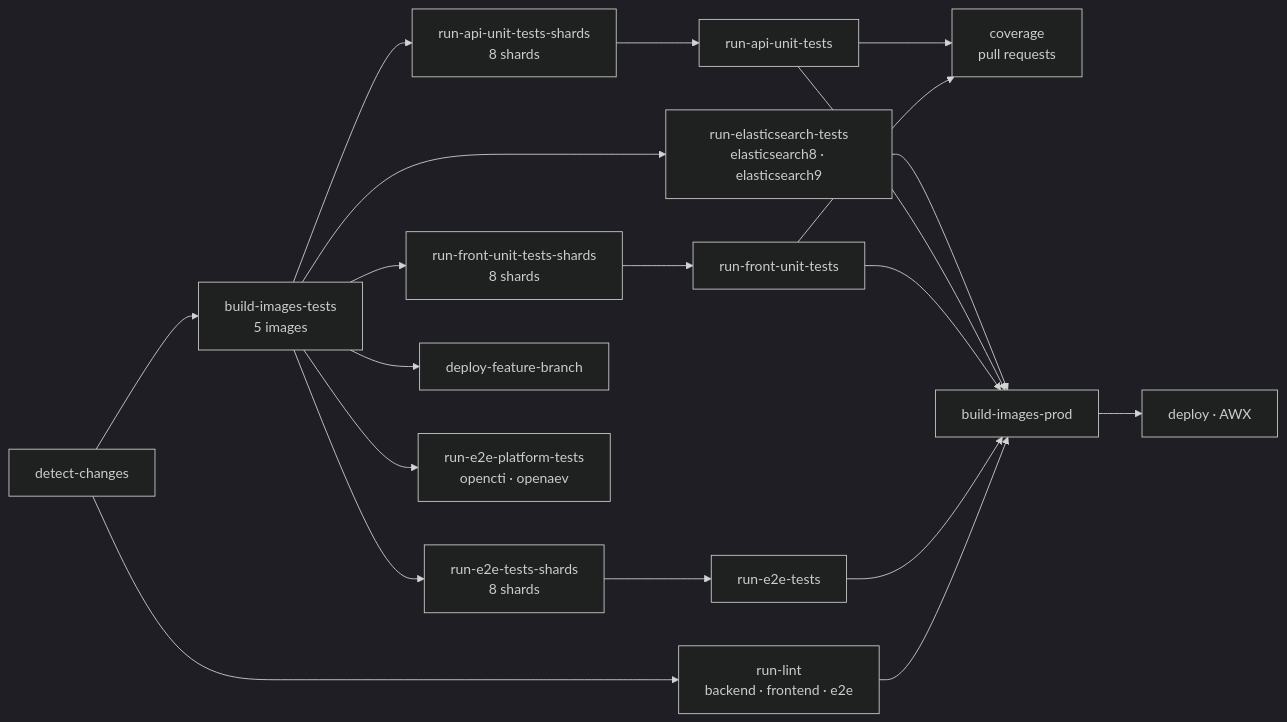
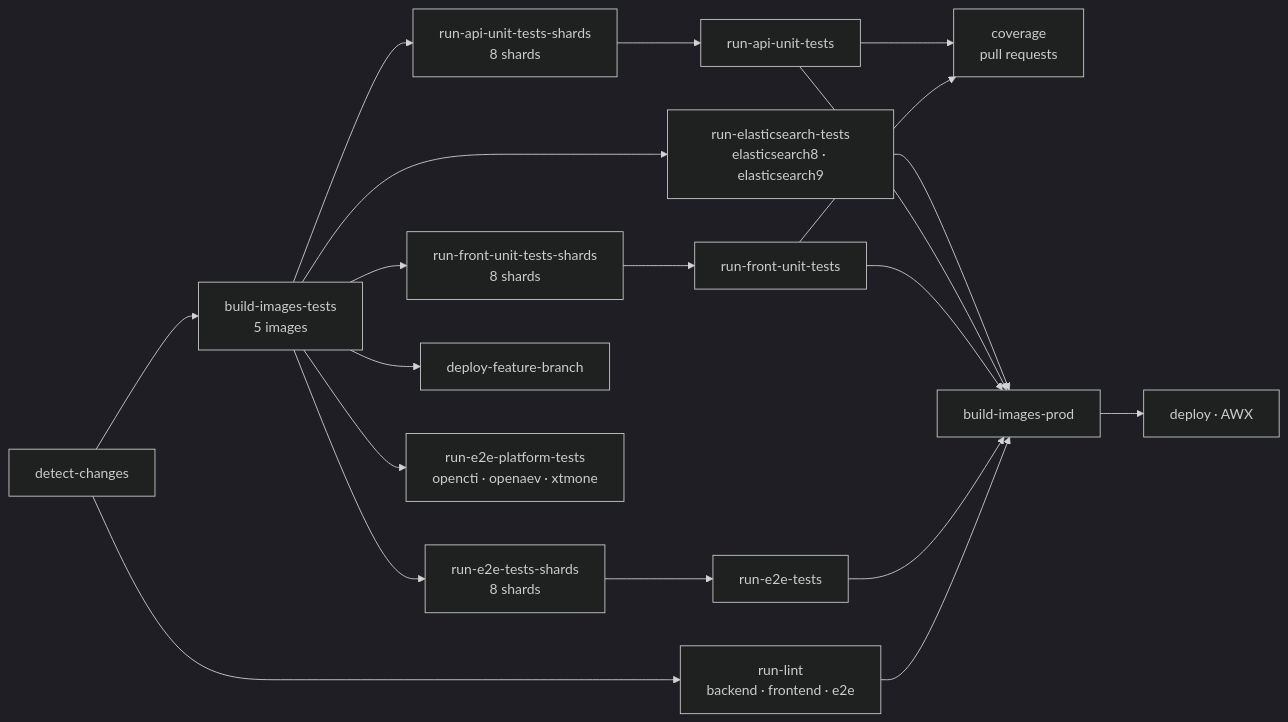
One commit to XTM-Hub/xtm-hub changed the diagram in .claude/rules/ci.md. Above: the diagram before and after it, drawn with Mermaid (dark theme). The commit also changed other lines of this file and 7 other files, not shown here.

````diff
--- a/.claude/rules/ci.md
+++ b/.claude/rules/ci.md
@@ -21,22 +21,22 @@
 ```mermaid
 flowchart LR
   A[detect-changes] --> B[run-lint<br/>backend · frontend · e2e]
   A --> C[build-images-tests<br/>5 images]
   C --> D[run-e2e-tests-shards<br/>8 shards]
   C --> E[run-front-unit-tests-shards<br/>8 shards]
   C --> F[run-api-unit-tests-shards<br/>8 shards]
   C --> G[deploy-feature-branch]
-  C --> P[run-e2e-platform-tests<br/>opencti · openaev]
+  C --> P[run-e2e-platform-tests<br/>opencti · openaev · xtmone]
   C --> S[run-elasticsearch-tests<br/>elasticsearch8 · elasticsearch9]
   D --> H[run-e2e-tests]
   E --> I[run-front-unit-tests]
   F --> J[run-api-unit-tests]
   I --> V[coverage<br/>pull requests]
   J --> V
   B --> K[build-images-prod]
   H --> K
   I --> K
   J --> K
   S --> K
   K --> L[deploy · AWX]
 ```
````
